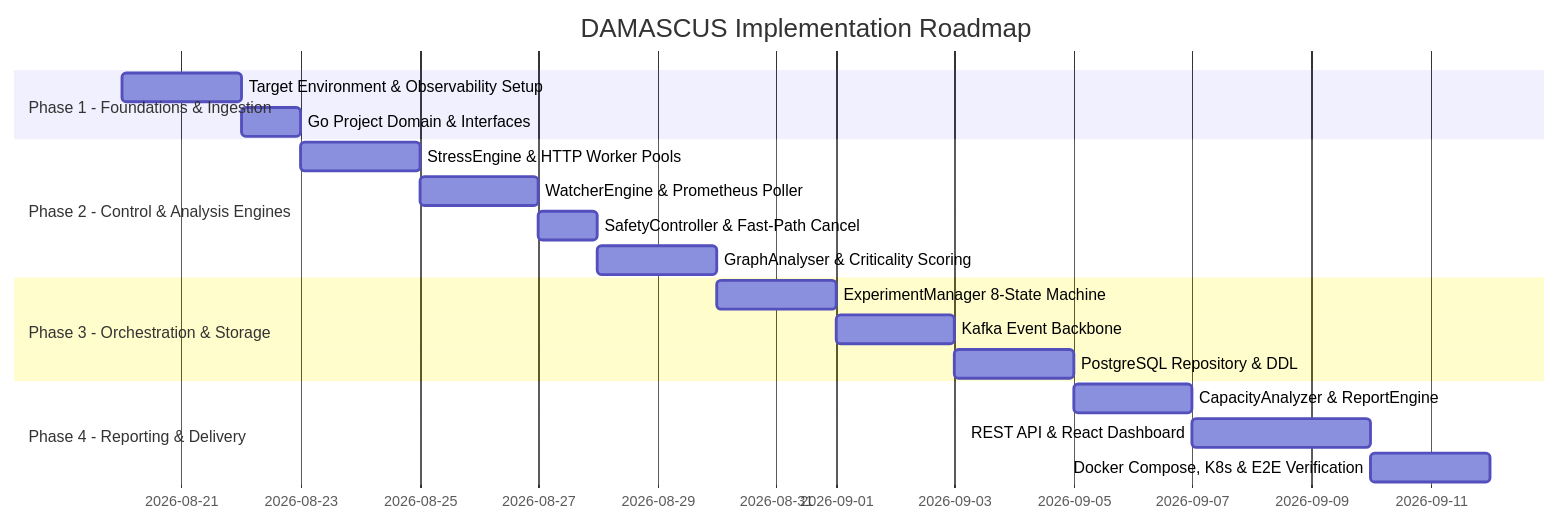
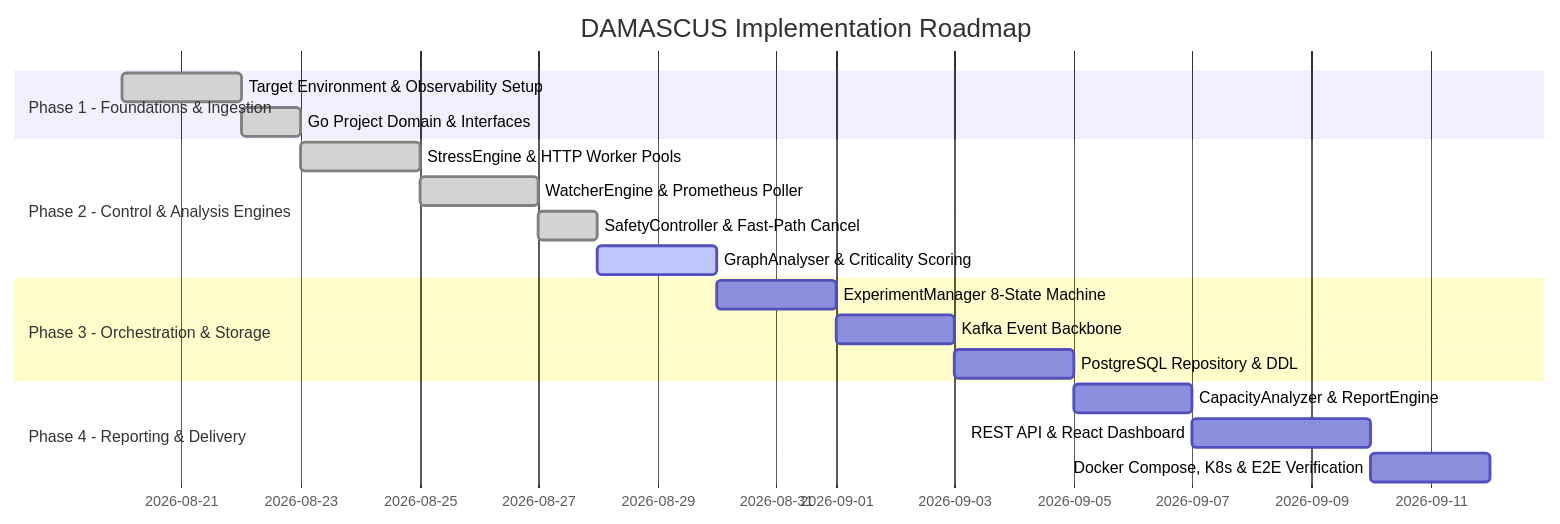
One commit to drumilbhati/damascus changed the diagram in docs/IMPLEMENTATION_PLAN.md. Above: the diagram before and after it, drawn with Mermaid. The commit also changed other lines of this file and 10 other files, not shown here.

Commit message:
feat: implement stress testing engine, safety controller, and Prometheus metrics watcher for real-time telemetry observation

````diff
--- a/docs/IMPLEMENTATION_PLAN.md
+++ b/docs/IMPLEMENTATION_PLAN.md
@@ -11,21 +13,21 @@
 ```mermaid
 gantt
     title DAMASCUS Implementation Roadmap
     dateFormat  YYYY-MM-DD
     section Phase 1 - Foundations & Ingestion
-    Target Environment & Observability Setup :p1, 2026-08-20, 2d
-    Go Project Domain & Interfaces           :p2, after p1, 1d
+    Target Environment & Observability Setup :done, p1, 2026-08-20, 2d
+    Go Project Domain & Interfaces           :done, p2, after p1, 1d
     section Phase 2 - Control & Analysis Engines
-    StressEngine & HTTP Worker Pools         :p3, after p2, 2d
-    WatcherEngine & Prometheus Poller        :p4, after p3, 2d
-    SafetyController & Fast-Path Cancel      :p5, after p4, 1d
-    GraphAnalyser & Criticality Scoring      :p6, after p5, 2d
+    StressEngine & HTTP Worker Pools         :done, p3, after p2, 2d
+    WatcherEngine & Prometheus Poller        :done, p4, after p3, 2d
+    SafetyController & Fast-Path Cancel      :done, p5, after p4, 1d
+    GraphAnalyser & Criticality Scoring      :active, p6, after p5, 2d
     section Phase 3 - Orchestration & Storage
     ExperimentManager 8-State Machine        :p7, after p6, 2d
     Kafka Event Backbone                     :p8, after p7, 2d
     PostgreSQL Repository & DDL              :p9, after p8, 2d
     section Phase 4 - Reporting & Delivery
     CapacityAnalyzer & ReportEngine          :p10, after p9, 2d
     REST API & React Dashboard               :p11, after p10, 3d
     Docker Compose, K8s & E2E Verification   :p12, after p11, 2d
 ```
````
